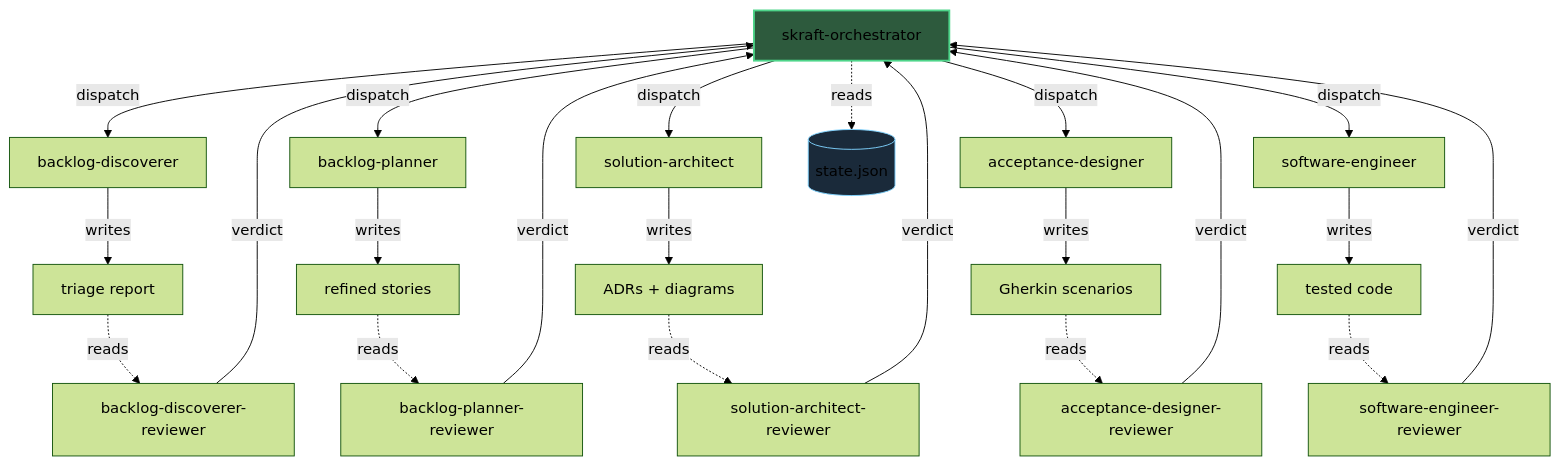
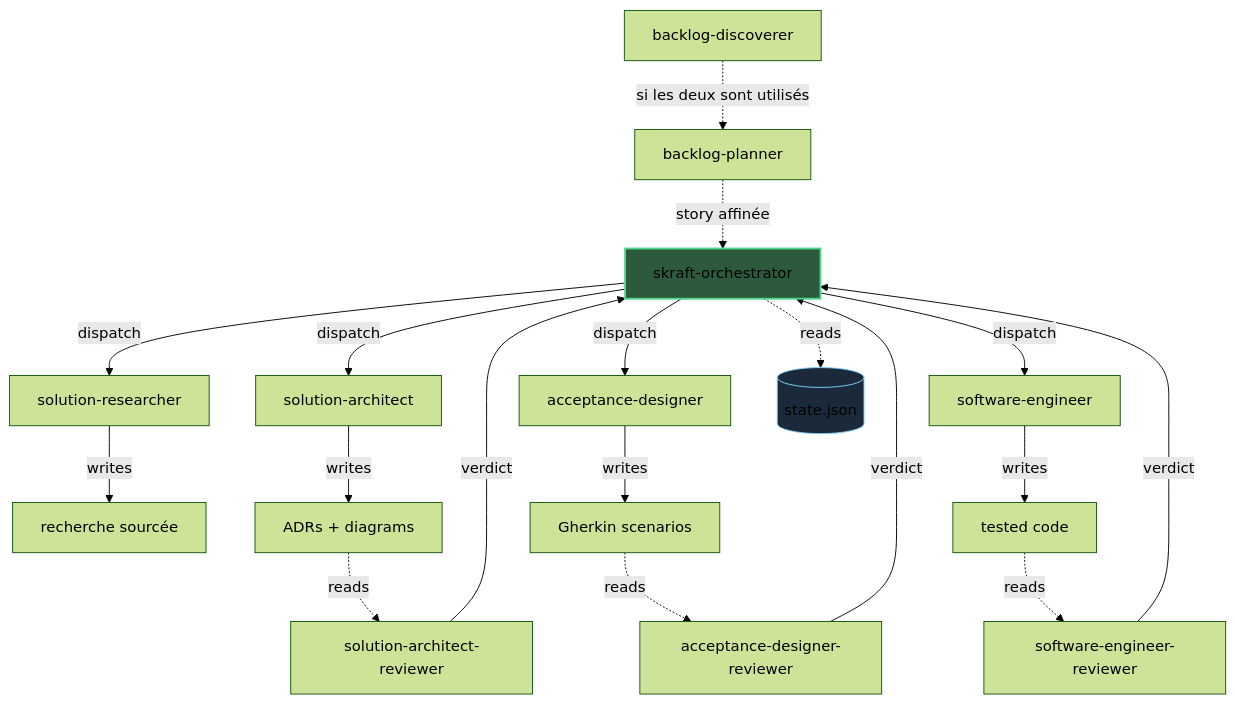
Before and after one commit to SebastienDegodez/skraft-plugin: the diagram in docs/site/fr/explanation/architecture.md, drawn with Mermaid (forest theme). The commit also changed other lines of this file and 12 other files, not shown here.

````diff
--- a/docs/site/fr/explanation/architecture.md
+++ b/docs/site/fr/explanation/architecture.md
@@ -21,31 +23,27 @@
 ```mermaid
 graph TB
-    O[skraft-orchestrator] -->|dispatch| BD[backlog-discoverer]
-    O -->|dispatch| BP[backlog-planner]
+    BD[backlog-discoverer] -.->|si les deux sont utilisés| BP[backlog-planner]
+    BP -.->|story affinée| O[skraft-orchestrator]
+    O -->|dispatch| SR[solution-researcher]
     O -->|dispatch| SA[solution-architect]
     O -->|dispatch| AD[acceptance-designer]
     O -->|dispatch| SE[software-engineer]
     
-    BD -->|writes| A1[triage report]
-    BP -->|writes| A2[refined stories]
+    SR -->|writes| A0[recherche sourcée]
     SA -->|writes| A3[ADRs + diagrams]
     AD -->|writes| A4[Gherkin scenarios]
     SE -->|writes| A5[tested code]
     
-    A1 -.->|reads| BDR[backlog-discoverer-reviewer]
-    A2 -.->|reads| BPR[backlog-planner-reviewer]
     A3 -.->|reads| SAR[solution-architect-reviewer]
     A4 -.->|reads| ADR[acceptance-designer-reviewer]
     A5 -.->|reads| SER[software-engineer-reviewer]
     
-    BDR -->|verdict| O
-    BPR -->|verdict| O
     SAR -->|verdict| O
     ADR -->|verdict| O
     SER -->|verdict| O
     
     O -.->|reads| S[(state.json)]
     
     style O fill:#2d5a3d,stroke:#4ed58a,stroke-width:2px
     style S fill:#1a2a3a,stroke:#7fd3ff
 ```
````
